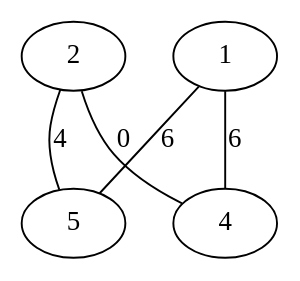
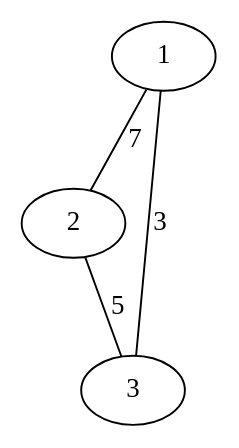
Before and after one commit to tamura2004/atcoder: the diagram in src/main.dot, drawn with Graphviz. The commit also changed 16 other files, not shown here.

```diff
--- a/src/main.dot
+++ b/src/main.dot
@@ -1,6 +1,5 @@
 graph sample {
-  2 -- 5 [label = 4];
-  2 -- 4 [label = 0];
-  1 -- 5 [label = 6];
-  1 -- 4 [label = 6];
+  1 -- 2 [label = 7];
+  1 -- 3 [label = 3];
+  2 -- 3 [label = 5];
 }
```
